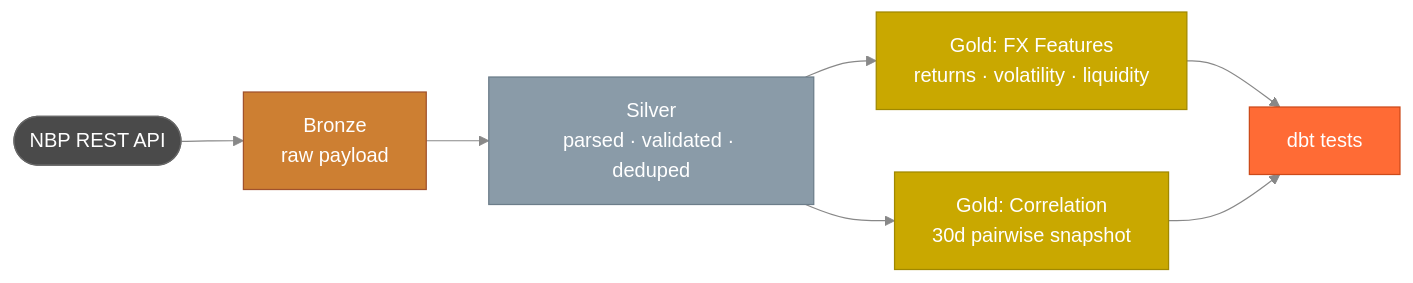
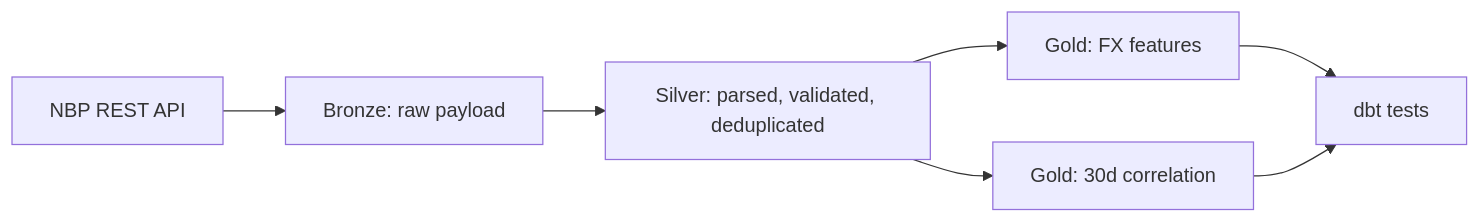
Before and after one commit to weronikajedrzejewska/databricks-nbp-lakehouse: the diagram in README.md, drawn with Mermaid. The commit also changed other lines of this file and 228 other files, not shown here.

````diff
--- a/README.md
+++ b/README.md
@@ -42,16 +21,9 @@
 ```mermaid
-%%{init: {'theme': 'base', 'themeVariables': {'primaryColor': '#cd7f32', 'primaryTextColor': '#fff', 'primaryBorderColor': '#a0522d', 'lineColor': '#888', 'secondaryColor': '#c0c0c0', 'tertiaryColor': '#ffd700'}}}%%
 flowchart LR
-    A([NBP REST API]):::source --> B[Bronze\nraw payload]:::bronze
-    B --> C[Silver\nparsed · validated · deduped]:::silver
-    C --> D[Gold: FX Features\nreturns · volatility · liquidity]:::gold
-    C --> E[Gold: Correlation\n30d pairwise snapshot]:::gold
-    D --> F[dbt tests]:::dbt
+    A["NBP REST API"] --> B["Bronze: raw payload"]
+    B --> C["Silver: parsed, validated, deduplicated"]
+    C --> D["Gold: FX features"]
+    C --> E["Gold: 30d correlation"]
+    D --> F["dbt tests"]
     E --> F
-
-    classDef source fill:#4a4a4a,color:#fff,stroke:#666
-    classDef bronze fill:#cd7f32,color:#fff,stroke:#a0522d
-    classDef silver fill:#8a9ba8,color:#fff,stroke:#6c7d8a
-    classDef gold fill:#c9a800,color:#fff,stroke:#a08800
-    classDef dbt fill:#ff6b35,color:#fff,stroke:#cc4a1a
 ```
````
